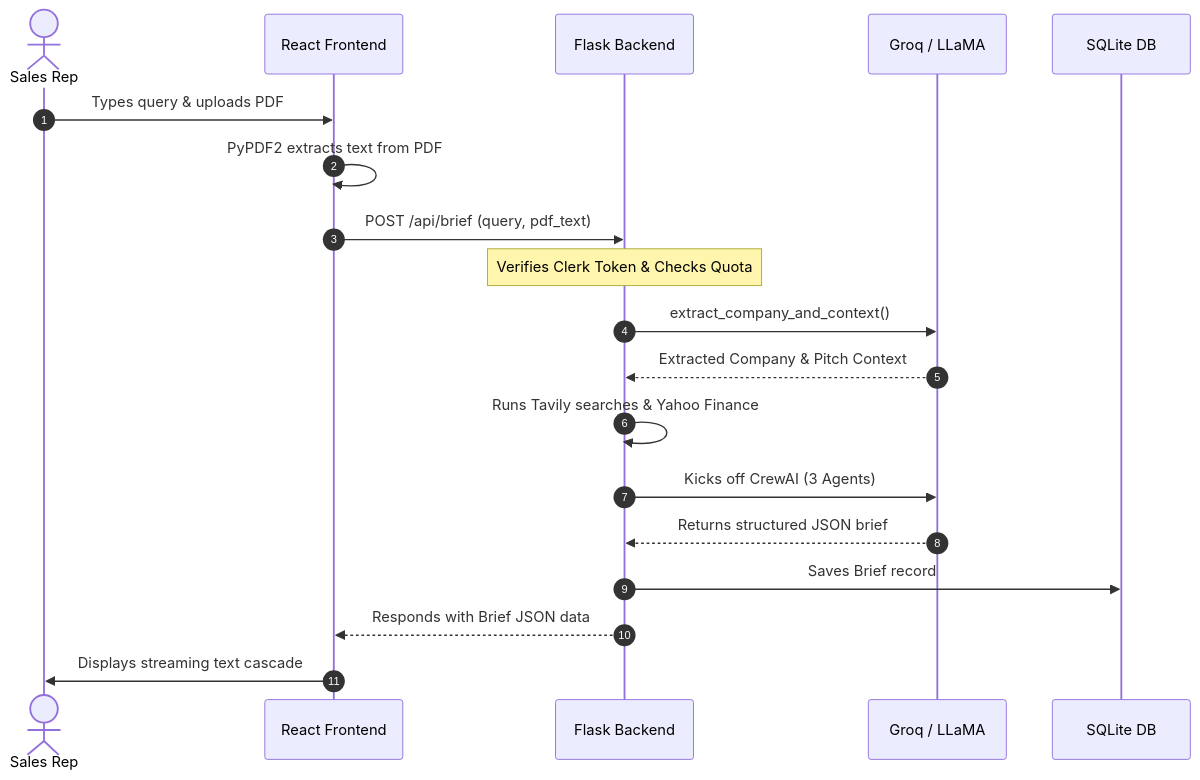
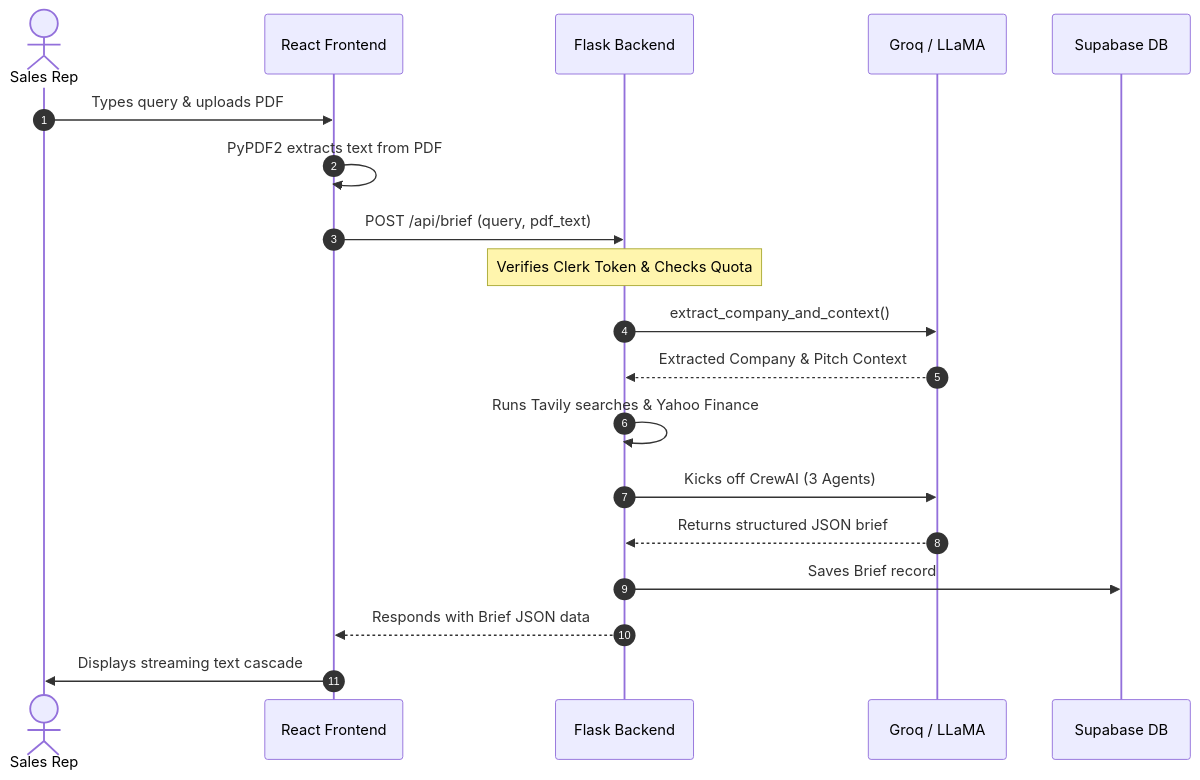
Before and after one commit to SannidhiSriram-06/PitchPulse: the second of 2 diagrams in README.md, drawn with Mermaid. The commit also changed other lines of this file and 22 other files, not shown here.

````diff
--- a/README.md
+++ b/README.md
@@ -201,22 +201,22 @@
 ```mermaid
 sequenceDiagram
     autonumber
     actor User as Sales Rep
     participant FE as React Frontend
     participant BE as Flask Backend
     participant LLM as Groq / LLaMA
-    participant DB as SQLite DB
+    participant DB as Supabase DB
 
     User->>FE: Types query & uploads PDF
     FE->>FE: PyPDF2 extracts text from PDF
     FE->>BE: POST /api/brief (query, pdf_text)
     Note over BE: Verifies Clerk Token & Checks Quota
     BE->>LLM: extract_company_and_context()
     LLM-->>BE: Extracted Company & Pitch Context
     BE->>BE: Runs Tavily searches & Yahoo Finance
     BE->>LLM: Kicks off CrewAI (3 Agents)
     LLM-->>BE: Returns structured JSON brief
     BE->>DB: Saves Brief record
     BE-->>FE: Responds with Brief JSON data
     FE->>User: Displays streaming text cascade
 ```
````
